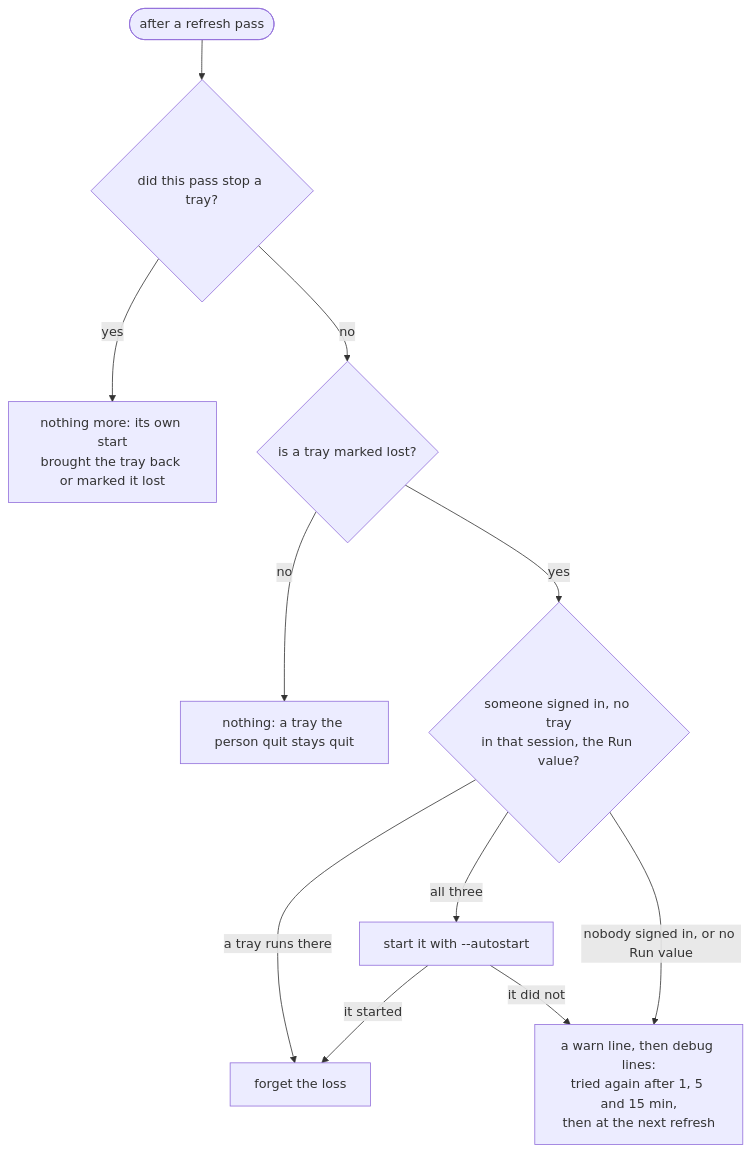
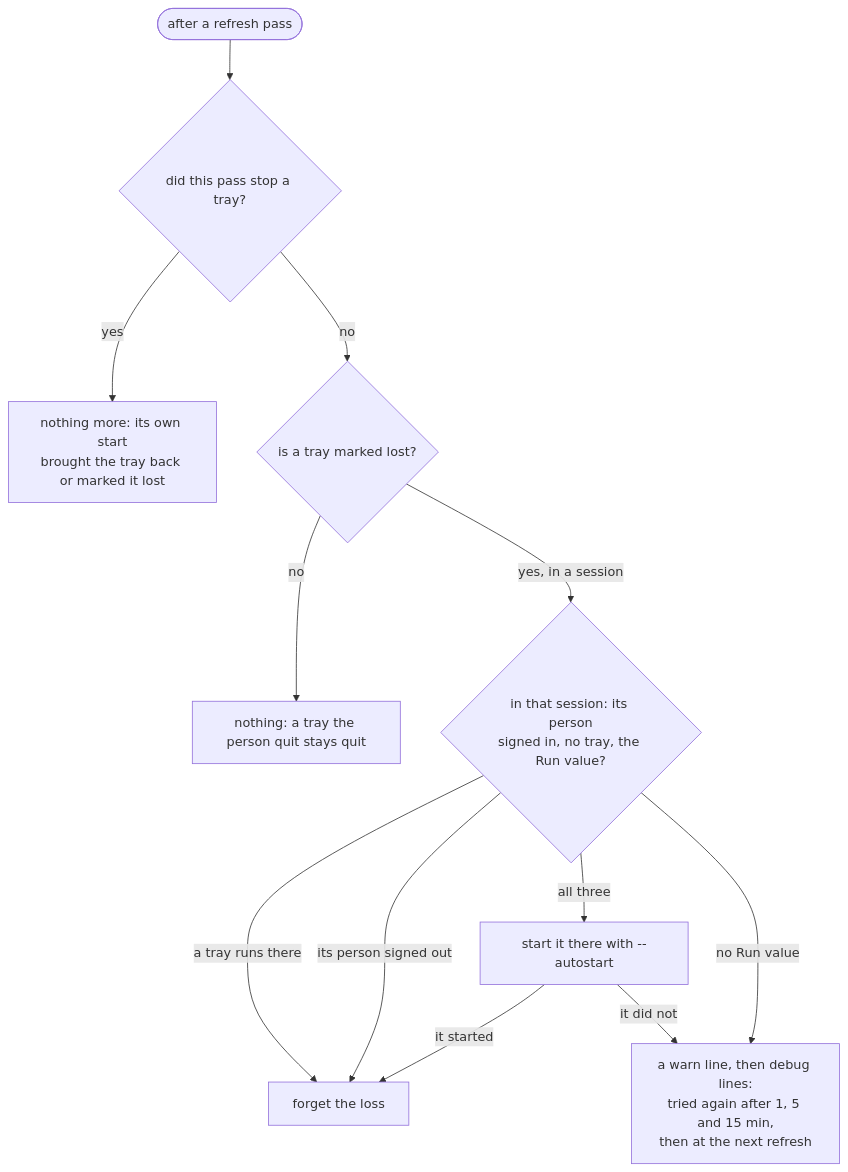
Before and after one commit to gjovanov/roomler-ai: diagram 26 of 30 in docs/desktop-companion.md, drawn with Mermaid. The commit also changed other lines of this file and 17 other files, not shown here.

First line of the commit message:
docs(companion): the refresh's version check and its start in each session

````diff
--- a/docs/desktop-companion.md
+++ b/docs/desktop-companion.md
@@ -1950,13 +1955,14 @@
 ```mermaid
 flowchart TD
     E([after a refresh pass]) --> S{did this pass stop a tray?}
     S -->|yes| N1[nothing more: its own start<br/>brought the tray back or marked it lost]
     S -->|no| L{is a tray marked lost?}
     L -->|no| N2[nothing: a tray the person quit stays quit]
-    L -->|yes| U{someone signed in, no tray<br/>in that session, the Run value?}
+    L -->|yes, in a session| U{in that session: its person<br/>signed in, no tray, the Run value?}
     U -->|a tray runs there| C[forget the loss]
-    U -->|all three| T["start it with --autostart"]
+    U -->|its person signed out| C
+    U -->|all three| T["start it there with --autostart"]
     T -->|it started| C
     T -->|it did not| W[a warn line, then debug lines:<br/>tried again after 1, 5 and 15 min,<br/>then at the next refresh]
-    U -->|nobody signed in, or no Run value| W
+    U -->|no Run value| W
 ```
````
